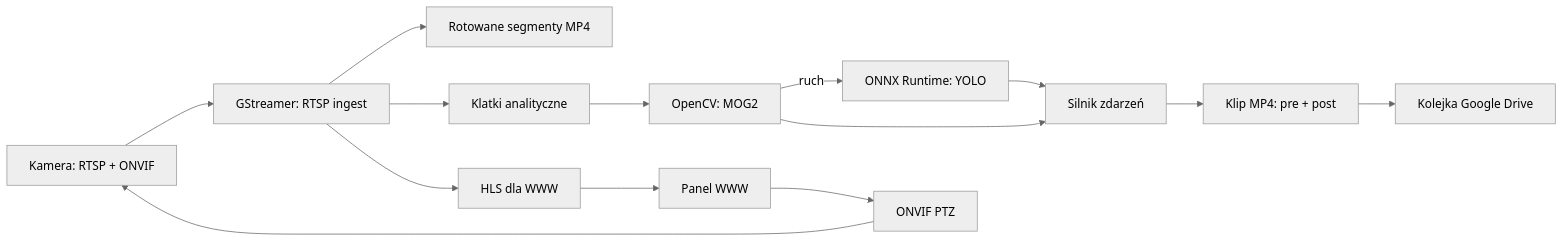
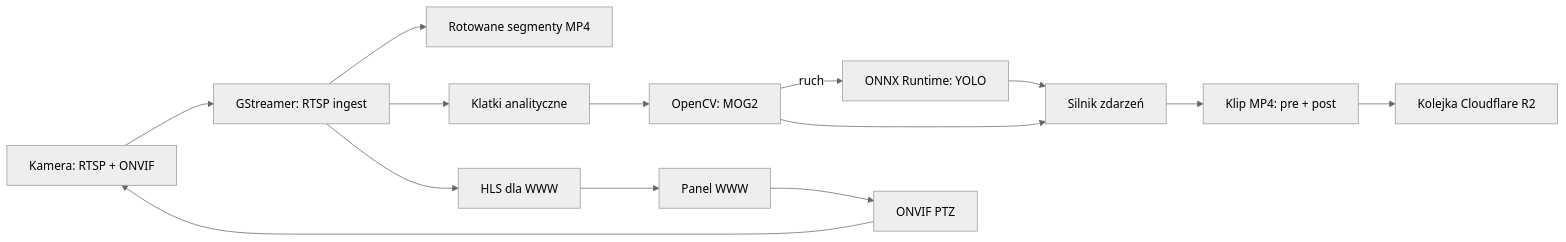
Before and after one commit to Mazako/cam_proj: the diagram in docs/README.md, drawn with Mermaid (neutral theme). The commit also changed other lines of this file and 24 other files, not shown here.

````diff
--- a/docs/README.md
+++ b/docs/README.md
@@ -35,16 +35,16 @@
 ```mermaid
 flowchart LR
     Camera["Kamera: RTSP + ONVIF"] --> Ingest["GStreamer: RTSP ingest"]
     Ingest --> Buffer["Rotowane segmenty MP4"]
     Ingest --> Frames["Klatki analityczne"]
     Frames --> Motion["OpenCV: MOG2"]
     Motion -->|"ruch"| Yolo["ONNX Runtime: YOLO"]
     Motion --> Events["Silnik zdarzeń"]
     Yolo --> Events
     Events --> Clips["Klip MP4: pre + post"]
-    Clips --> Upload["Kolejka Google Drive"]
+    Clips --> Upload["Kolejka Cloudflare R2"]
     Ingest --> Hls["HLS dla WWW"]
     Hls --> Web["Panel WWW"]
     Web --> Ptz["ONVIF PTZ"]
     Ptz --> Camera
 ```
````
